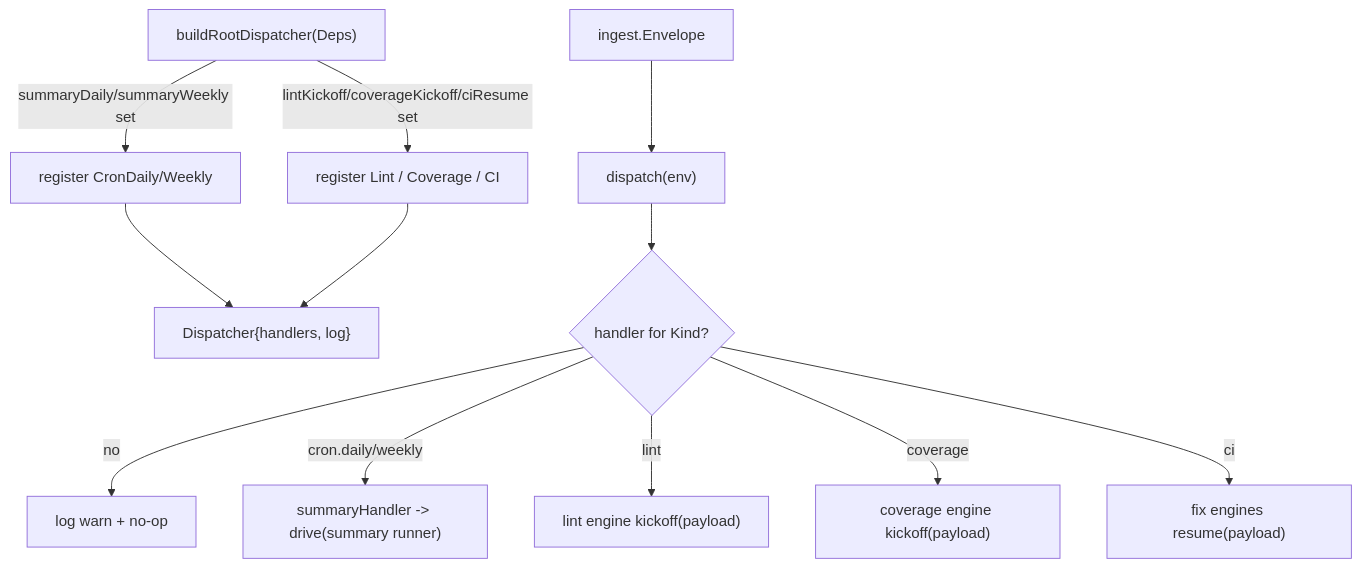
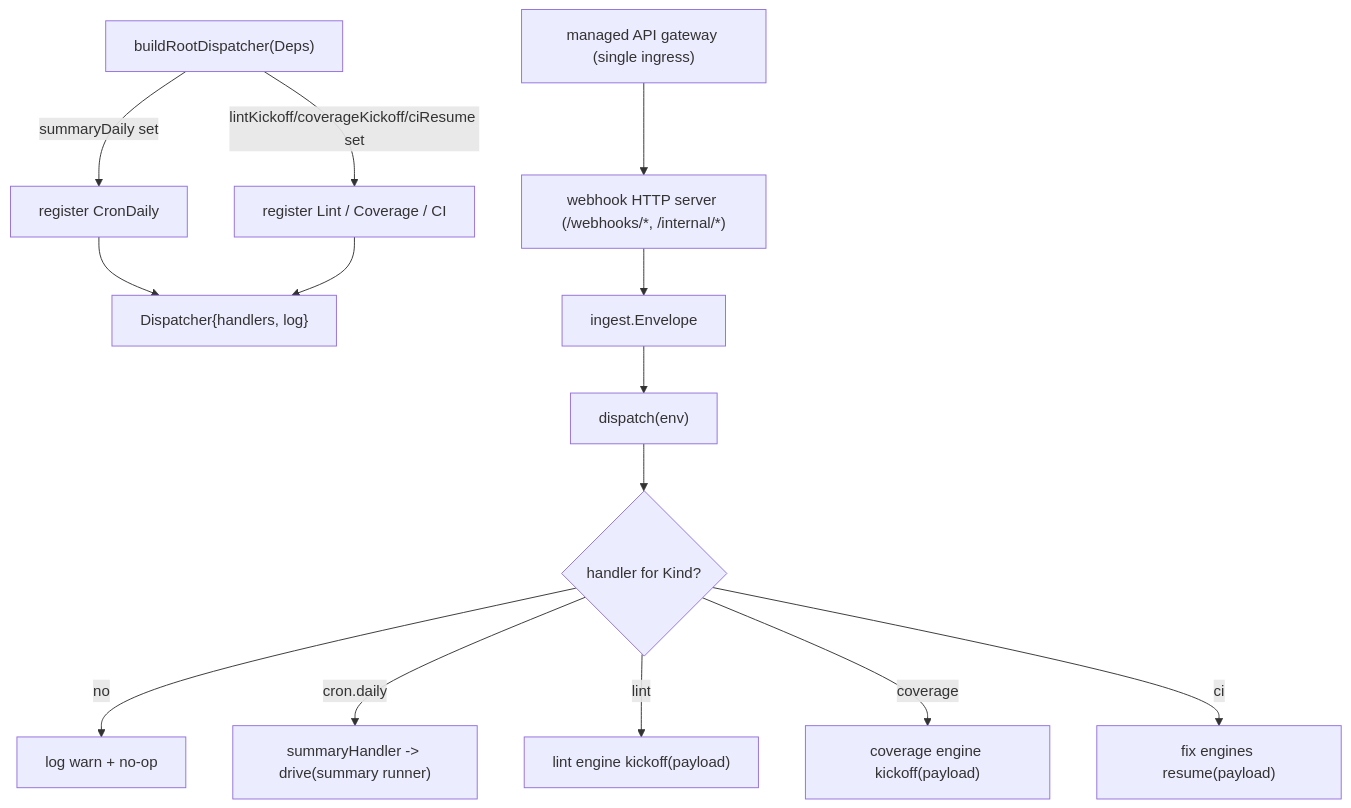
The diagram in javascript/src/agent/root/AGENTS.md (jkjamies/automation-agent), drawn with Mermaid before and after one commit. The commit also changed other lines of this file and 98 other files, not shown here.

First line of the commit message:
Drop in-process cron + weekly digest; Cloud Scheduler is the sole trigger (#7)

````diff
--- a/javascript/src/agent/root/AGENTS.md
+++ b/javascript/src/agent/root/AGENTS.md
@@ -5,14 +5,16 @@
 ```mermaid
 flowchart TD
-    Build["buildRootDispatcher(Deps)"] -->|"summaryDaily/summaryWeekly set"| RegC["register CronDaily/Weekly"]
+    Build["buildRootDispatcher(Deps)"] -->|"summaryDaily set"| RegC["register CronDaily"]
     Build -->|"lintKickoff/coverageKickoff/ciResume set"| RegL["register Lint / Coverage / CI"]
     RegC --> D["Dispatcher{handlers, log}"]
     RegL --> D
-    Env["ingest.Envelope"] --> Disp["dispatch(env)"]
+    GW["managed API gateway (single ingress)"] --> Ing["webhook HTTP server (/webhooks/*, /internal/*)"]
+    Ing --> Env["ingest.Envelope"]
+    Env --> Disp["dispatch(env)"]
     Disp --> M{"handler for Kind?"}
     M -->|no| Warn["log warn + no-op"]
-    M -->|"cron.daily/weekly"| Sum["summaryHandler -> drive(summary runner)"]
+    M -->|"cron.daily"| Sum["summaryHandler -> drive(summary runner)"]
     M -->|lint| LK["lint engine kickoff(payload)"]
     M -->|coverage| CK["coverage engine kickoff(payload)"]
     M -->|ci| LR["fix engines resume(payload)"]
 ```
````
